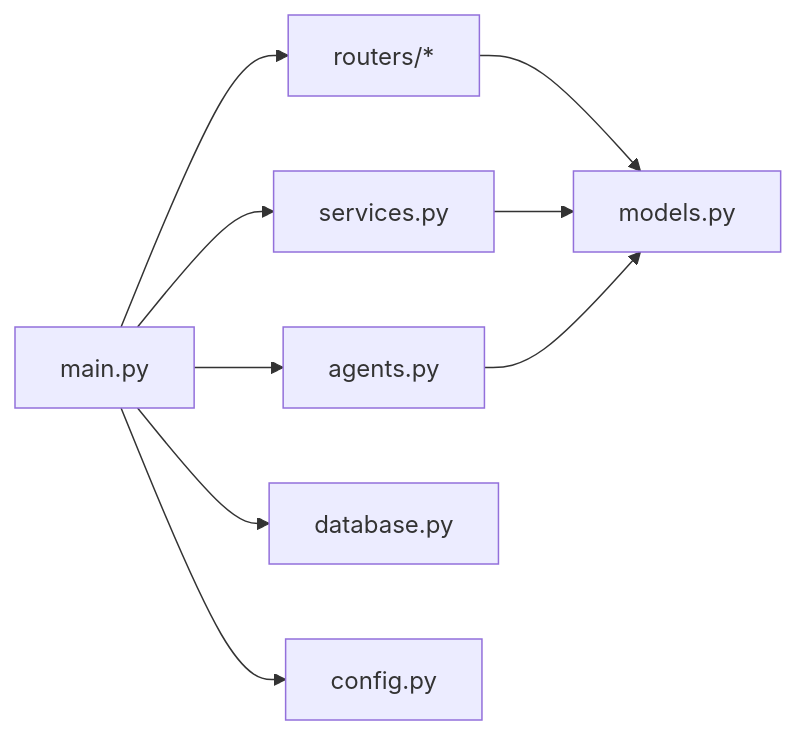
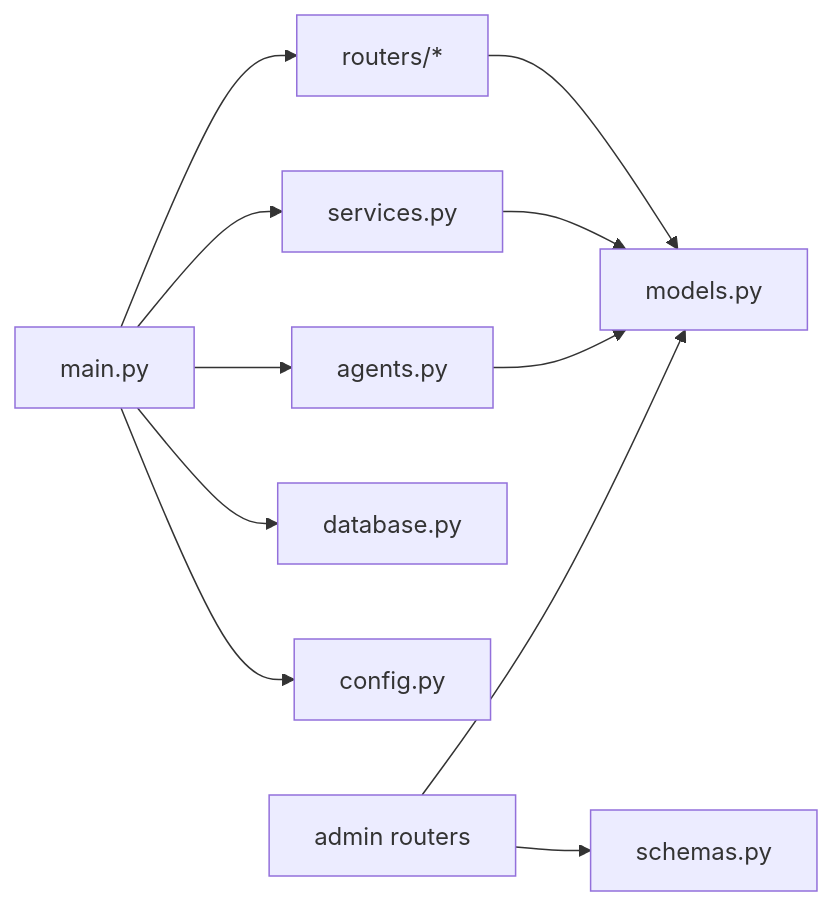
Before and after one commit to KunLabAI/KunFlix: the eighth of 8 diagrams in .qoder/repowiki/zh/content/后台管理系统/玩家监控系统.md, drawn with Mermaid. The commit also changed other lines of this file and 43 other files, not shown here.

````diff
--- a/.qoder/repowiki/zh/content/后台管理系统/玩家监控系统.md
+++ b/.qoder/repowiki/zh/content/后台管理系统/玩家监控系统.md
@@ -274,11 +399,13 @@
 ```mermaid
 graph LR
 MAIN["main.py"] --> ROUTERS["routers/*"]
 MAIN --> SERVICES["services.py"]
 MAIN --> AGENTS["agents.py"]
 ROUTERS --> MODELS["models.py"]
 SERVICES --> MODELS
 AGENTS --> MODELS
 MAIN --> DATABASE["database.py"]
 MAIN --> CONFIG["config.py"]
+ADMIN_ROUTERS["admin routers"] --> MODELS
+ADMIN_ROUTERS --> SCHEMAS["schemas.py"]
 ```
````
